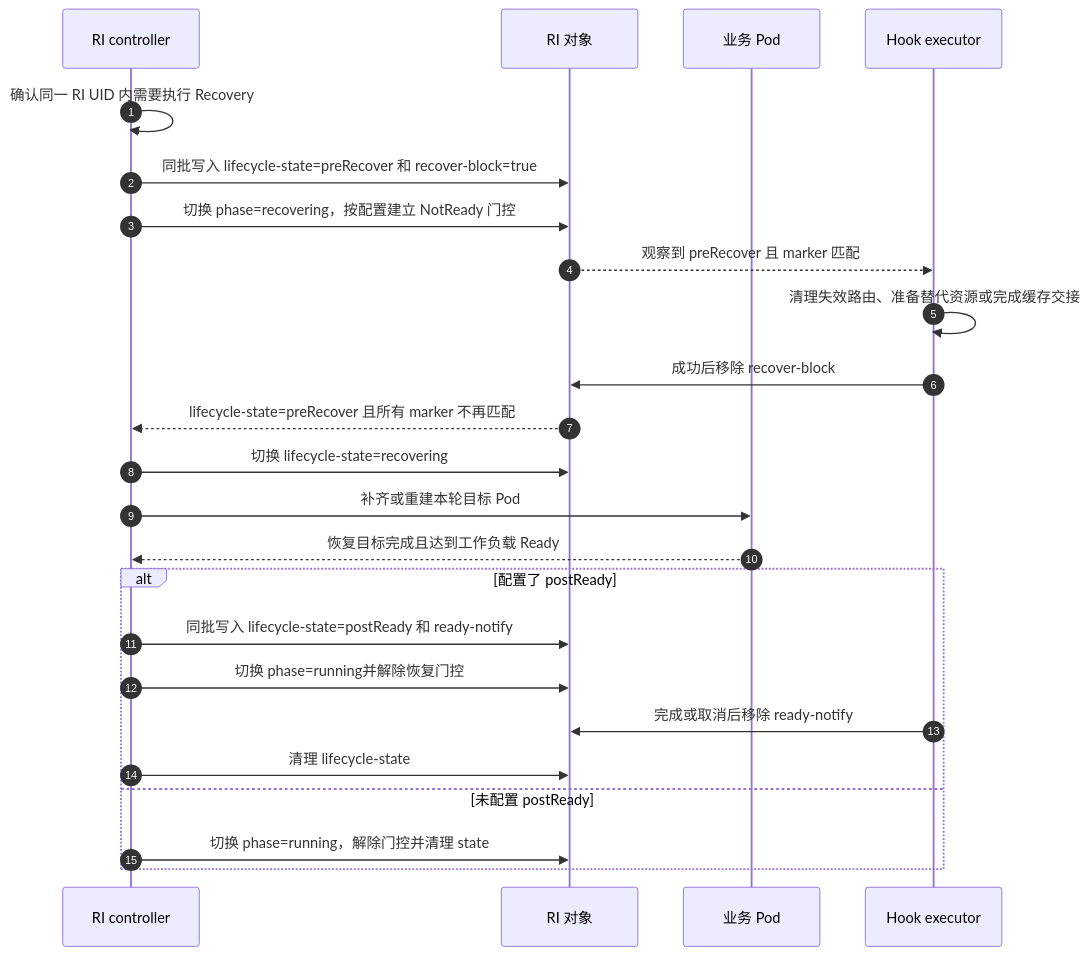
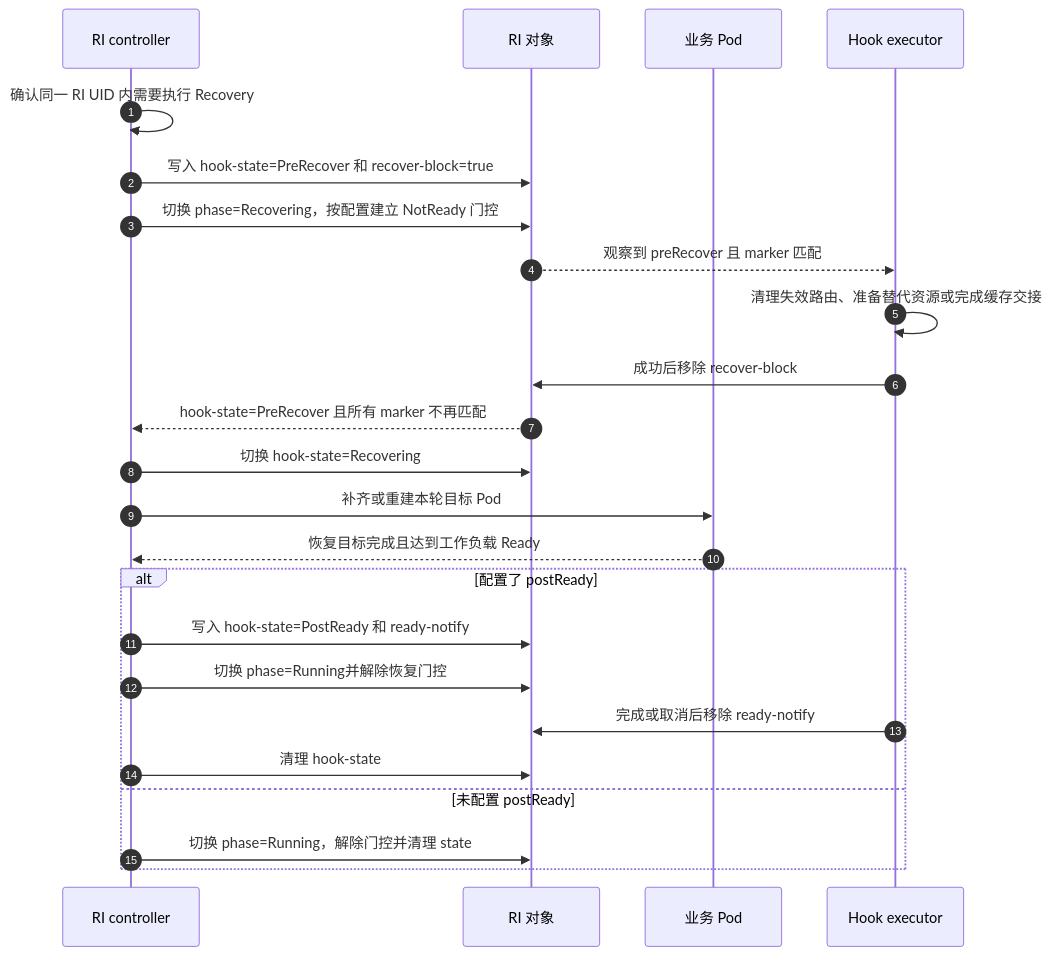
Before and after one commit to sgl-project/rbg: the second of 4 diagrams in keps/527-roleinstance-lifecycle/README.zh-CN.md, drawn with Mermaid. The commit also changed other lines of this file and 2 other files, not shown here.

Commit message:
docs: define RI lifecycle constants and values

````diff
--- a/keps/527-roleinstance-lifecycle/README.zh-CN.md
+++ b/keps/527-roleinstance-lifecycle/README.zh-CN.md
@@ -355,26 +396,26 @@
 ```mermaid
 sequenceDiagram
     autonumber
     participant C as RI controller
     participant R as RI 对象
     participant P as 业务 Pod
     participant E as Hook executor
     C->>C: 确认同一 RI UID 内需要执行 Recovery
-    C->>R: 同批写入 lifecycle-state=preRecover 和 recover-block=true
-    C->>R: 切换 phase=recovering，按配置建立 NotReady 门控
+    C->>R: 写入 hook-state=PreRecover 和 recover-block=true
+    C->>R: 切换 phase=Recovering，按配置建立 NotReady 门控
     R-->>E: 观察到 preRecover 且 marker 匹配
     E->>E: 清理失效路由、准备替代资源或完成缓存交接
     E->>R: 成功后移除 recover-block
-    R-->>C: lifecycle-state=preRecover 且所有 marker 不再匹配
-    C->>R: 切换 lifecycle-state=recovering
+    R-->>C: hook-state=PreRecover 且所有 marker 不再匹配
+    C->>R: 切换 hook-state=Recovering
     C->>P: 补齐或重建本轮目标 Pod
     P-->>C: 恢复目标完成且达到工作负载 Ready
     alt 配置了 postReady
-        C->>R: 同批写入 lifecycle-state=postReady 和 ready-notify
-        C->>R: 切换 phase=running并解除恢复门控
+        C->>R: 写入 hook-state=PostReady 和 ready-notify
+        C->>R: 切换 phase=Running并解除恢复门控
         E->>R: 完成或取消后移除 ready-notify
-        C->>R: 清理 lifecycle-state
+        C->>R: 清理 hook-state
     else 未配置 postReady
-        C->>R: 切换 phase=running，解除门控并清理 state
+        C->>R: 切换 phase=Running，解除门控并清理 state
     end
 ```
````
